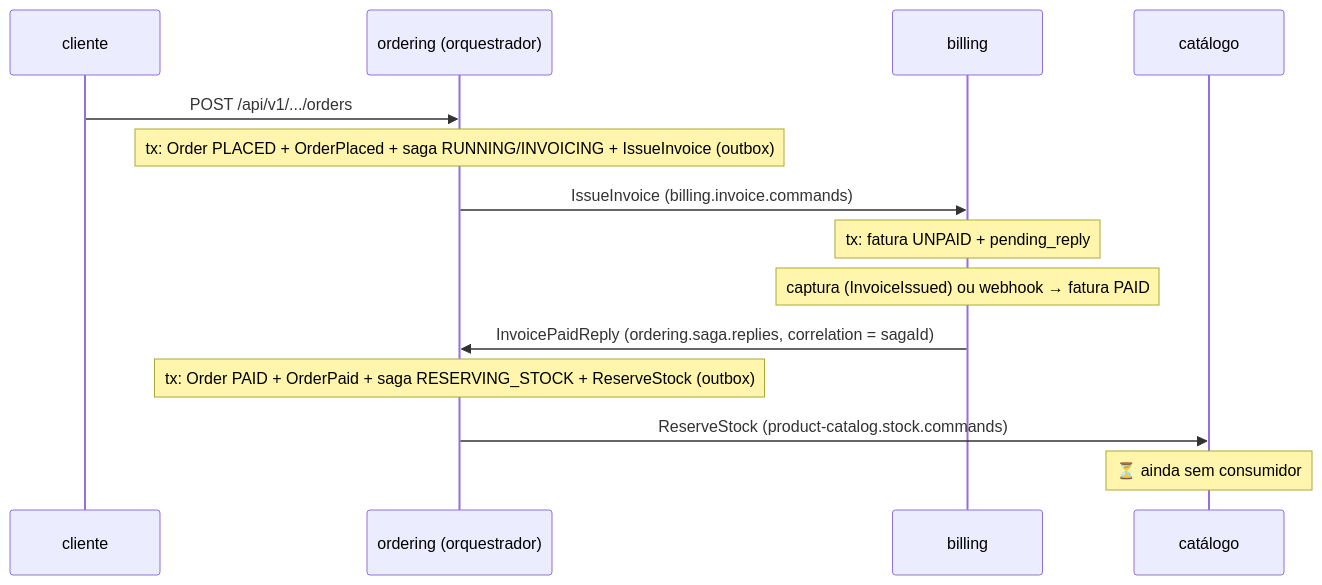
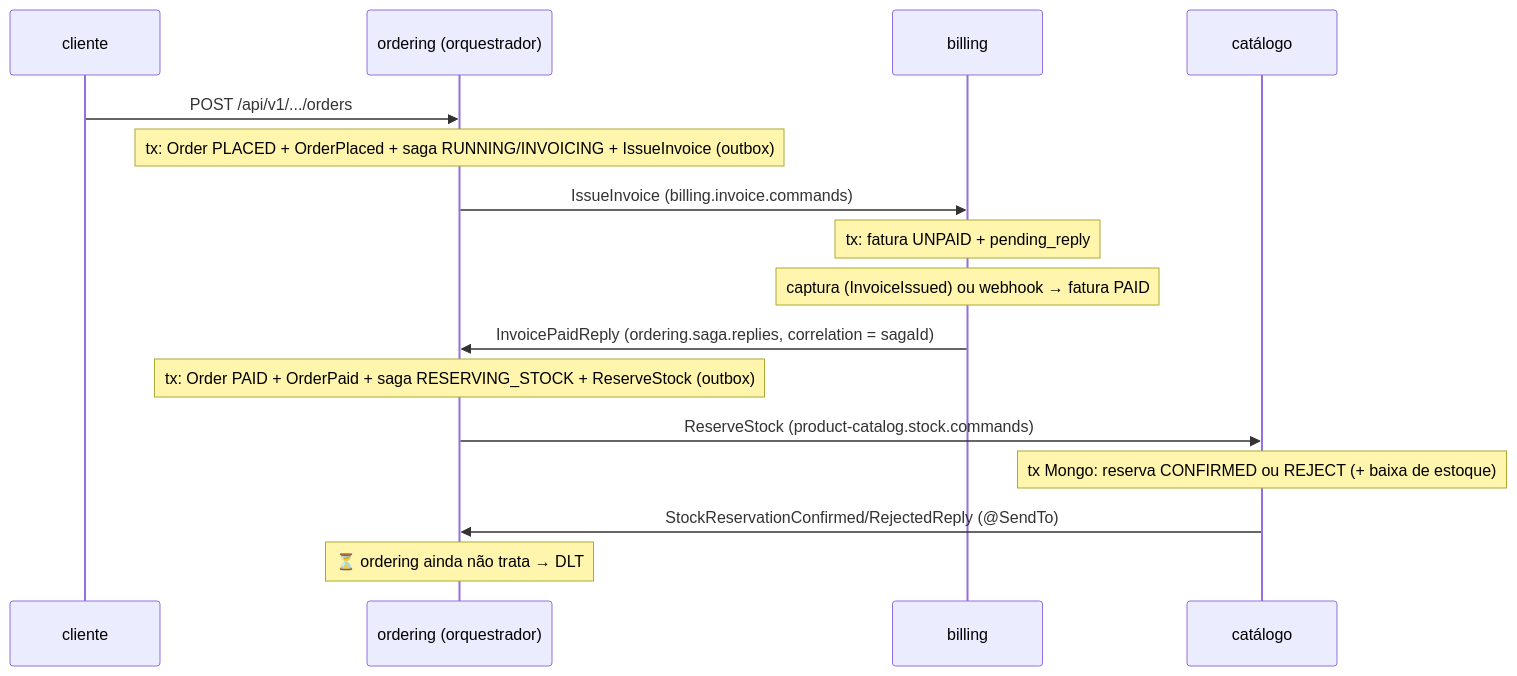
One commit to gabriel-lima258/algashop-docs changed diagram 17 of 18 in 06-mensageria/saga-orquestrada.md. Above: the diagram before and after it, drawn with Mermaid. The commit also changed other lines of this file and 2 other files, not shown here.

Commit message:
docs: saga orquestrada - reserva de estoque e reply automatico com SendTo

````diff
--- a/06-mensageria/saga-orquestrada.md
+++ b/06-mensageria/saga-orquestrada.md
@@ -1034,16 +1034,18 @@
 ```mermaid
 sequenceDiagram
     participant U as cliente
     participant O as ordering (orquestrador)
     participant B as billing
     participant C as catálogo
     U->>O: POST /api/v1/.../orders
     Note over O: tx: Order PLACED + OrderPlaced + saga RUNNING/INVOICING + IssueInvoice (outbox)
     O->>B: IssueInvoice (billing.invoice.commands)
     Note over B: tx: fatura UNPAID + pending_reply
     Note over B: captura (InvoiceIssued) ou webhook → fatura PAID
     B->>O: InvoicePaidReply (ordering.saga.replies, correlation = sagaId)
     Note over O: tx: Order PAID + OrderPaid + saga RESERVING_STOCK + ReserveStock (outbox)
     O->>C: ReserveStock (product-catalog.stock.commands)
-    Note over C: ⏳ ainda sem consumidor
+    Note over C: tx Mongo: reserva CONFIRMED ou REJECT (+ baixa de estoque)
+    C->>O: StockReservationConfirmed/RejectedReply (@SendTo)
+    Note over O: ⏳ ordering ainda não trata → DLT
 ```
````
